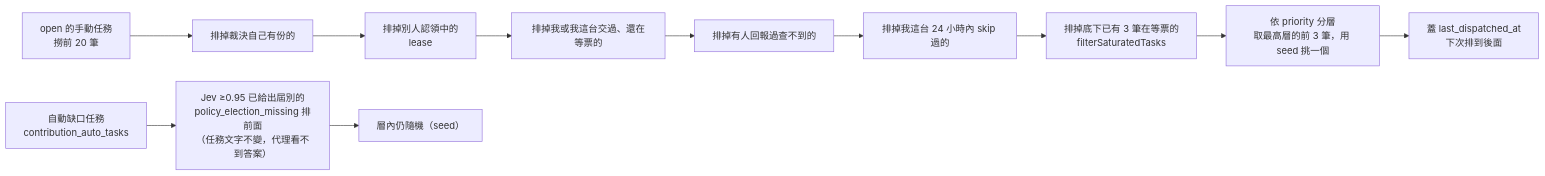
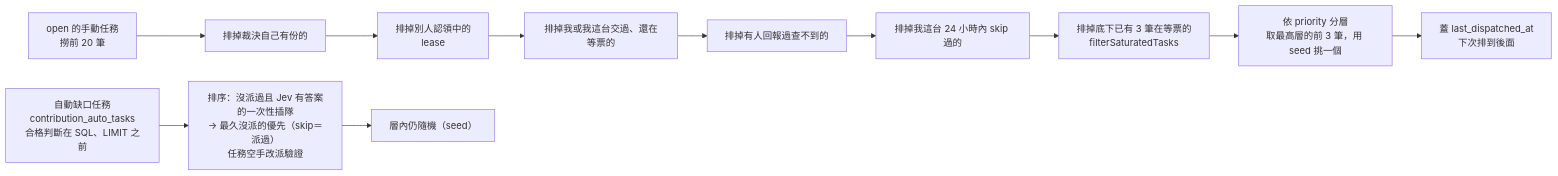
One commit to Yooliang/policy-tw changed the second of 3 diagrams in docs/PIPELINE.md. Above: the diagram before and after it, drawn with Mermaid. The commit also changed other lines of this file and 4 other files, not shown here.

````diff
--- a/docs/PIPELINE.md
+++ b/docs/PIPELINE.md
@@ -76,13 +76,13 @@
 ```mermaid
 flowchart LR
   ALL["open 的手動任務<br/>撈前 20 筆"] --> F1["排掉裁決自己有份的"]
   F1 --> F2["排掉別人認領中的<br/>lease"]
   F2 --> F3["排掉我或我這台交過、還在等票的"]
   F3 --> F4["排掉有人回報過查不到的"]
   F4 --> F5["排掉我這台 24 小時內 skip 過的"]
   F5 --> F6["排掉底下已有 3 筆在等票的<br/>filterSaturatedTasks"]
   F6 --> PICK["依 priority 分層<br/>取最高層的前 3 筆，用 seed 挑一個"]
-  AUTO["自動缺口任務<br/>contribution_auto_tasks"] --> J1["Jev ≥0.95 已給出屆別的<br/>policy_election_missing 排前面<br/>（任務文字不變，代理看不到答案）"]
+  AUTO["自動缺口任務<br/>contribution_auto_tasks<br/>合格判斷在 SQL、LIMIT 之前"] --> J1["排序：沒派過且 Jev 有答案的一次性插隊<br/>→ 最久沒派的優先（skip＝派過）<br/>任務空手改派驗證"]
   J1 --> J2["層內仍隨機（seed）"]
   PICK --> STAMP["蓋 last_dispatched_at<br/>下次排到後面"]
 ```
````
